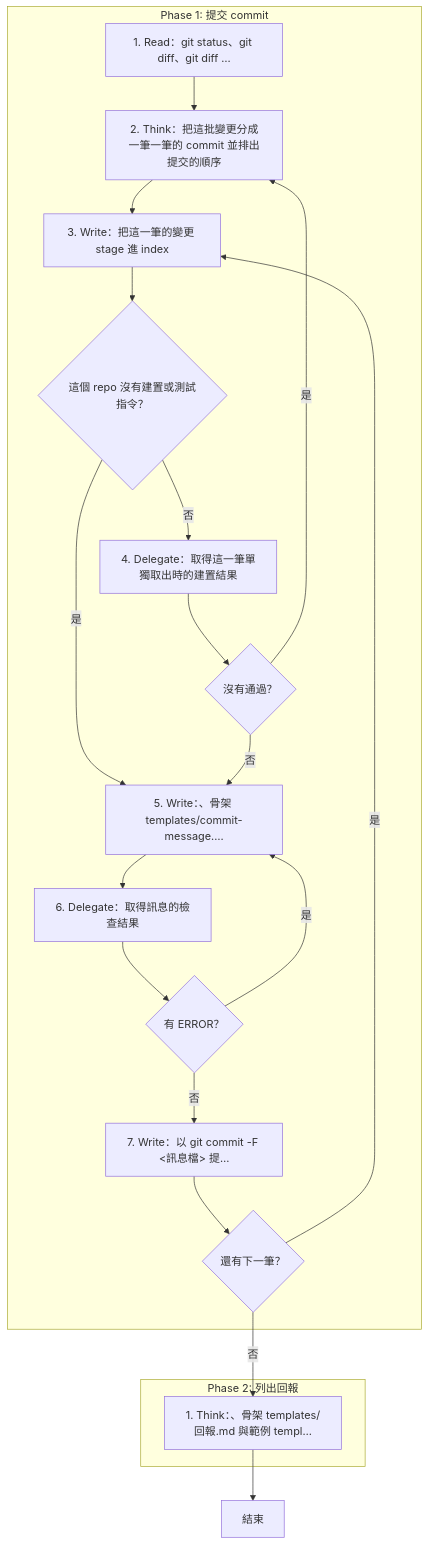
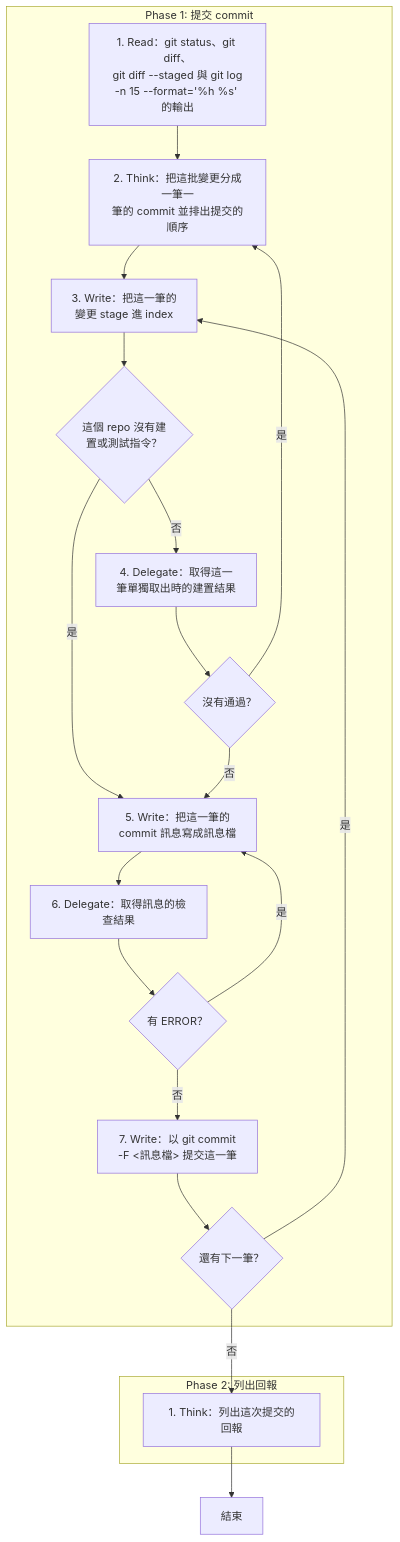
One commit to AI-x-BDD/BDGG-Dev-Skills changed the diagram in .claude/skills/git-conventional-commit/SKILL.md. Above: the diagram before and after it, drawn with Mermaid. The commit also changed 43 other files, not shown here.

First line of the commit message:
feat!: skill-form-sop 的流程視覺圖改放檔尾並以粗體標出的核心動作當標籤

````diff
--- a/.claude/skills/git-conventional-commit/SKILL.md
+++ b/.claude/skills/git-conventional-commit/SKILL.md
@@ -11,36 +23,36 @@
 ```mermaid
 flowchart TD
     subgraph P1["Phase 1: 提交 commit"]
-        P1S1["1. Read：git status、git diff、git diff …"]
-        P1S2["2. Think：把這批變更分成一筆一筆的 commit 並排出提交的順序"]
-        P1S3["3. Write：把這一筆的變更 stage 進 index"]
-        G_P1S3_1{"這個 repo 沒有建置或測試指令？"}
-        P1S4["4. Delegate：取得這一筆單獨取出時的建置結果"]
+        P1S1["1. Read：git status、git diff、<br/>git diff --staged 與 git log<br/>-n 15 --format='%h %s' 的輸出"]
+        P1S2["2. Think：把這批變更分成一筆一<br/>筆的 commit 並排出提交的順序"]
+        P1S3["3. Write：把這一筆的<br/>變更 stage 進 index"]
+        G_P1S3_1{"這個 repo 沒有建<br/>置或測試指令？"}
+        P1S4["4. Delegate：取得這一<br/>筆單獨取出時的建置結果"]
         G_P1S4_1{"沒有通過？"}
-        P1S5["5. Write：、骨架 templates/commit-message.…"]
+        P1S5["5. Write：把這一筆的<br/>commit 訊息寫成訊息檔"]
         P1S6["6. Delegate：取得訊息的檢查結果"]
         G_P1S6_1{"有 ERROR？"}
-        P1S7["7. Write：以 git commit -F &lt;訊息檔&gt; 提…"]
+        P1S7["7. Write：以 git commit<br/>-F &lt;訊息檔&gt; 提交這一筆"]
         G_P1S7_1{"還有下一筆？"}
     end
     subgraph P2["Phase 2: 列出回報"]
-        P2S1["1. Think：、骨架 templates/回報.md 與範例 templ…"]
+        P2S1["1. Think：列出這次提交的回報"]
     end
     End["結束"]
     P1S1 --> P1S2
     P1S2 --> P1S3
     P1S3 --> G_P1S3_1
     G_P1S3_1 -->|是| P1S5
     G_P1S3_1 -->|否| P1S4
     P1S4 --> G_P1S4_1
     G_P1S4_1 -->|是| P1S2
     G_P1S4_1 -->|否| P1S5
     P1S5 --> P1S6
     P1S6 --> G_P1S6_1
     G_P1S6_1 -->|是| P1S5
     G_P1S6_1 -->|否| P1S7
     P1S7 --> G_P1S7_1
     G_P1S7_1 -->|是| P1S3
     G_P1S7_1 -->|否| P2S1
     P2S1 --> End
 ```
````
